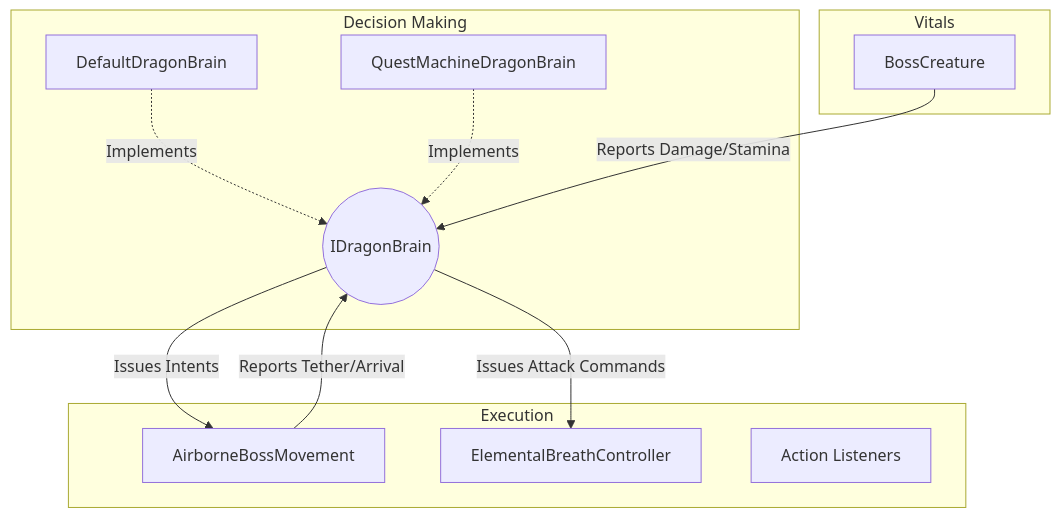
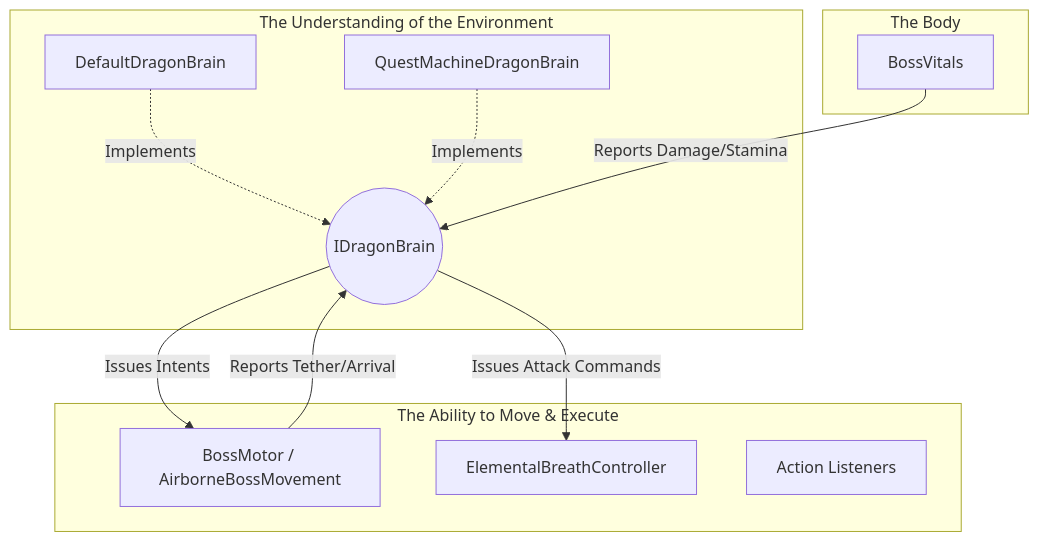
Before and after one commit to NatalieC001/dragonDump: the diagram in Quest_Machine_Dragon_Brain_Docs.md, drawn with Mermaid. The commit also changed other lines of this file, not shown here.

Commit message:
Add documentation for Quest Machine and Dragon Brain architecture

````diff
--- a/Quest_Machine_Dragon_Brain_Docs.md
+++ b/Quest_Machine_Dragon_Brain_Docs.md
@@ -56,26 +52,26 @@
 ```mermaid
 graph TD
-    subgraph Vitals
-        BC[BossCreature]
+    subgraph The Body
+        BV[BossVitals]
     end
 
-    subgraph Decision Making
+    subgraph The Understanding of the Environment
         IDB((IDragonBrain))
         DDB[DefaultDragonBrain] -.->|Implements| IDB
         QMB[QuestMachineDragonBrain] -.->|Implements| IDB
     end
 
-    subgraph Execution
-        ABM[AirborneBossMovement]
+    subgraph The Ability to Move & Execute
+        ABM[BossMotor / AirborneBossMovement]
         EBC[ElementalBreathController]
         DAL[Action Listeners]
     end
 
     %% Event Reporting
-    BC -- Reports Damage/Stamina --> IDB
+    BV -- Reports Damage/Stamina --> IDB
     ABM -- Reports Tether/Arrival --> IDB
 
     %% Commands
     IDB -- Issues Intents --> ABM
     IDB -- Issues Attack Commands --> EBC
 ```
````
